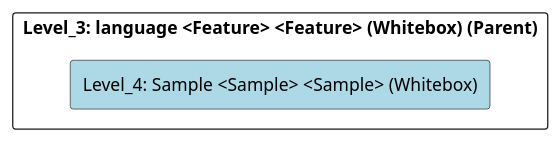
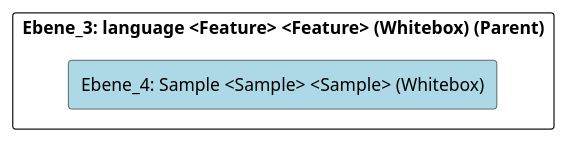
The diagram in doc/cleonproject_deliverables_architecture_model_architecture/adoc/de/05_bausteinsicht/cleon/common/language/sample/ebene_4_sample.adoc (marcozwyssig/cleon), drawn with PlantUML before and after one commit. The commit also changed other lines of this file and 214 other files, not shown here.

```diff
--- a/doc/cleonproject_deliverables_architecture_model_architecture/adoc/de/05_bausteinsicht/cleon/common/language/sample/ebene_4_sample.adoc
+++ b/doc/cleonproject_deliverables_architecture_model_architecture/adoc/de/05_bausteinsicht/cleon/common/language/sample/ebene_4_sample.adoc
@@ -20,24 +20,24 @@
-[plantuml, Level_4: Sample <Sample> <Sample> (Whitebox)BlockOverview, format="svg"]
+[plantuml, Ebene_4: Sample <Sample> <Sample> (Whitebox)BlockOverview, format="svg"]
 ----
-@startuml Level_4: Sample <Sample> <Sample> (Whitebox)BuildingBlockOverview
+@startuml Ebene_4: Sample <Sample> <Sample> (Whitebox)BuildingBlockOverview
 
 skinparam ranksep 10
 skinparam componentStyle rectangle
 skinparam shadowing false
 skinparam arrowColor lightblue
 skinparam arrowThickness 1.2
 skinparam rectangle {
   BackgroundColor White
   BorderColor #333
   RoundCorner 10
 }
 top to bottom direction
 
-component "Level_3: language <Feature> <Feature> (Whitebox) (Parent)" {
-    component "Level_4: Sample <Sample> <Sample> (Whitebox)" #lightblue {
+component "Ebene_3: language <Feature> <Feature> (Whitebox) (Parent)" {
+    component "Ebene_4: Sample <Sample> <Sample> (Whitebox)" #lightblue {
     }
 
 }
 
 @enduml
 ----
```
